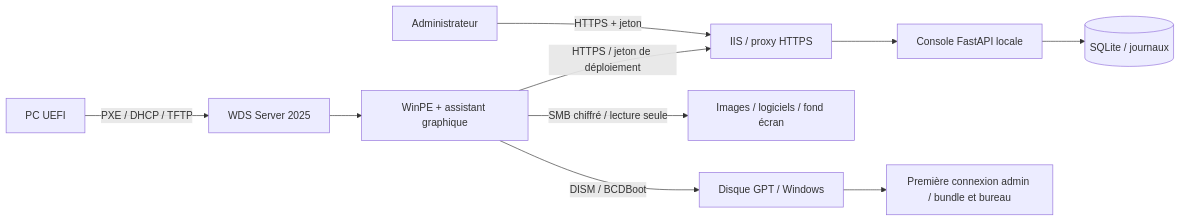
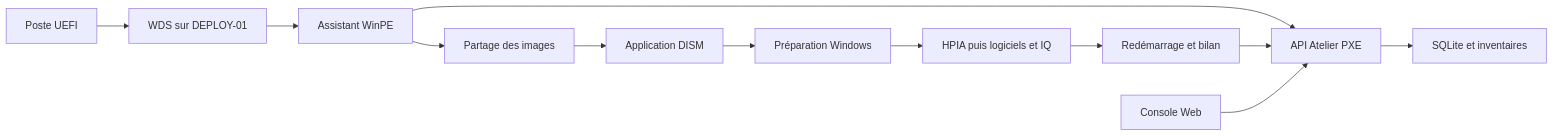
The diagram in README.md (erik-iq/mdt-serveur), drawn with Mermaid before and after one commit. The commit also changed other lines of this file and 5 other files, not shown here.

````diff
--- a/README.md
+++ b/README.md
@@ -67,12 +49,14 @@
 ```mermaid
 flowchart LR
-  Admin[Administrateur] -->|HTTPS + jeton| IIS[IIS / proxy HTTPS]
-  IIS --> API[Console FastAPI locale]
-  API --> DB[(SQLite / journaux)]
-  PC[PC UEFI] -->|PXE / DHCP / TFTP| WDS[WDS Server 2025]
-  WDS --> PE[WinPE + assistant graphique]
-  PE -->|HTTPS / jeton de déploiement| IIS
-  PE -->|SMB chiffré / lecture seule| WIM[Images / logiciels / fond écran]
-  PE -->|DISM / BCDBoot| Disk[Disque GPT / Windows]
-  Disk --> First[Première connexion admin / bundle et bureau]
+    PC[Poste UEFI] --> WDS[WDS sur DEPLOY-01]
+    WDS --> PE[Assistant WinPE]
+    PE --> API[API Atelier PXE]
+    PE --> SMB[Partage des images]
+    SMB --> DISM[Application DISM]
+    DISM --> WIN[Préparation Windows]
+    WIN --> HP[HPIA puis logiciels et IQ]
+    HP --> BILAN[Redémarrage et bilan]
+    BILAN --> API
+    API --> DB[SQLite et inventaires]
+    WEB[Console Web] --> API
 ```
````
